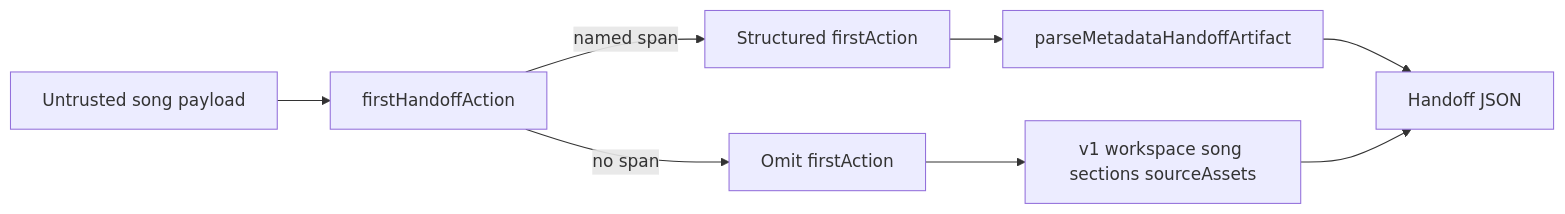
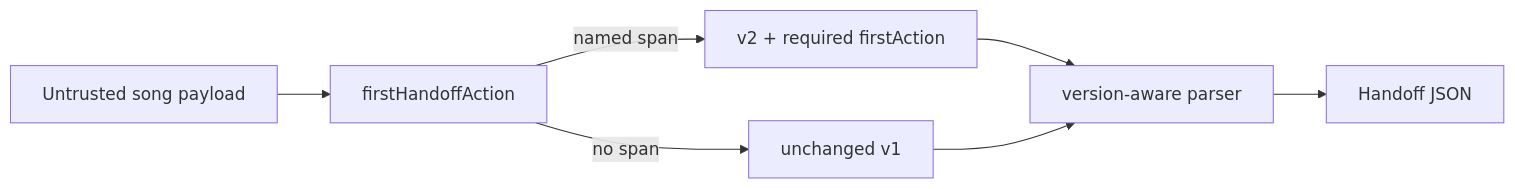
One commit to ContextualWisdomLab/bandscope changed the diagram in docs/doctoring/handoff-first-action.md. Above: the diagram before and after it, drawn with Mermaid. The commit also changed other lines of this file, not shown here.

Commit message:
docs(handoff): record v1-v2 compatibility contract

````diff
--- a/docs/doctoring/handoff-first-action.md
+++ b/docs/doctoring/handoff-first-action.md
@@ -7,10 +9,9 @@
 ```mermaid
 flowchart LR
     A[Untrusted song payload] --> B[firstHandoffAction]
-    B -->|named span| C[Structured firstAction]
-    B -->|no span| Z[Omit firstAction]
-    C --> D[parseMetadataHandoffArtifact]
-    Z --> E[v1 workspace song sections sourceAssets]
-    D --> F[Handoff JSON]
-    E --> F
+    B -->|named span| C[v2 + required firstAction]
+    B -->|no span| D[unchanged v1]
+    C --> E[version-aware parser]
+    D --> E
+    E --> F[Handoff JSON]
 ```
````
